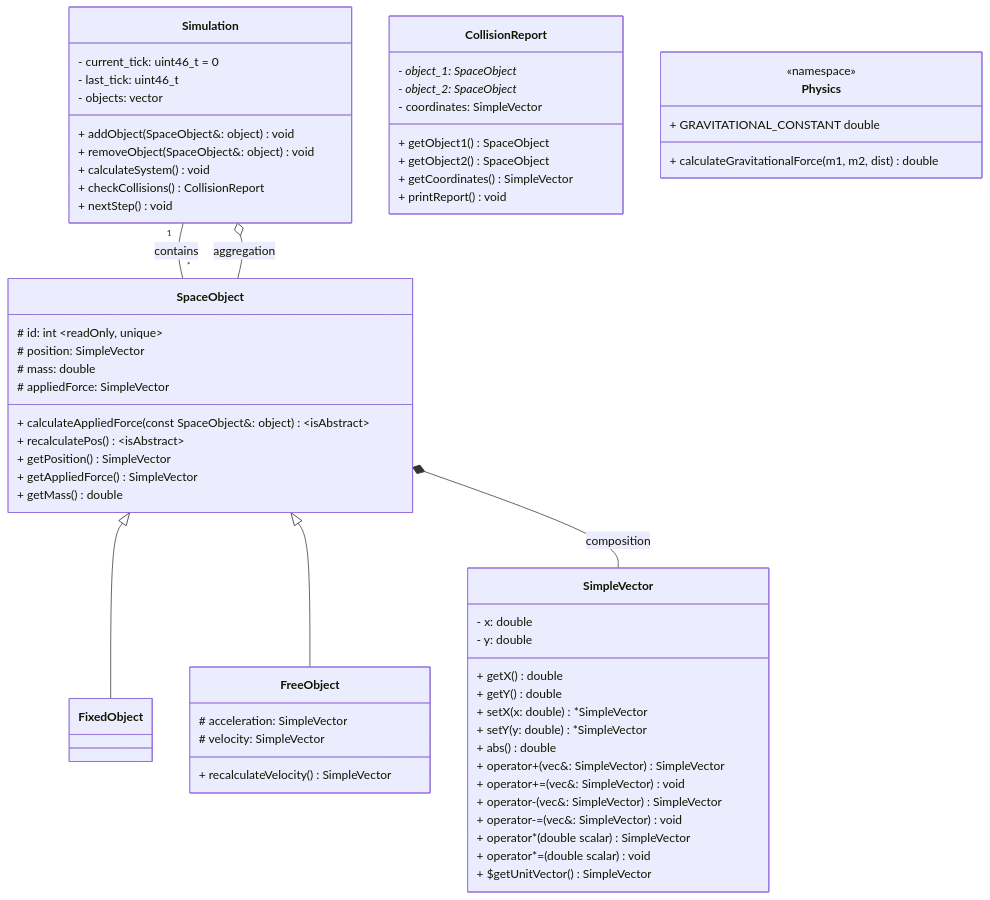
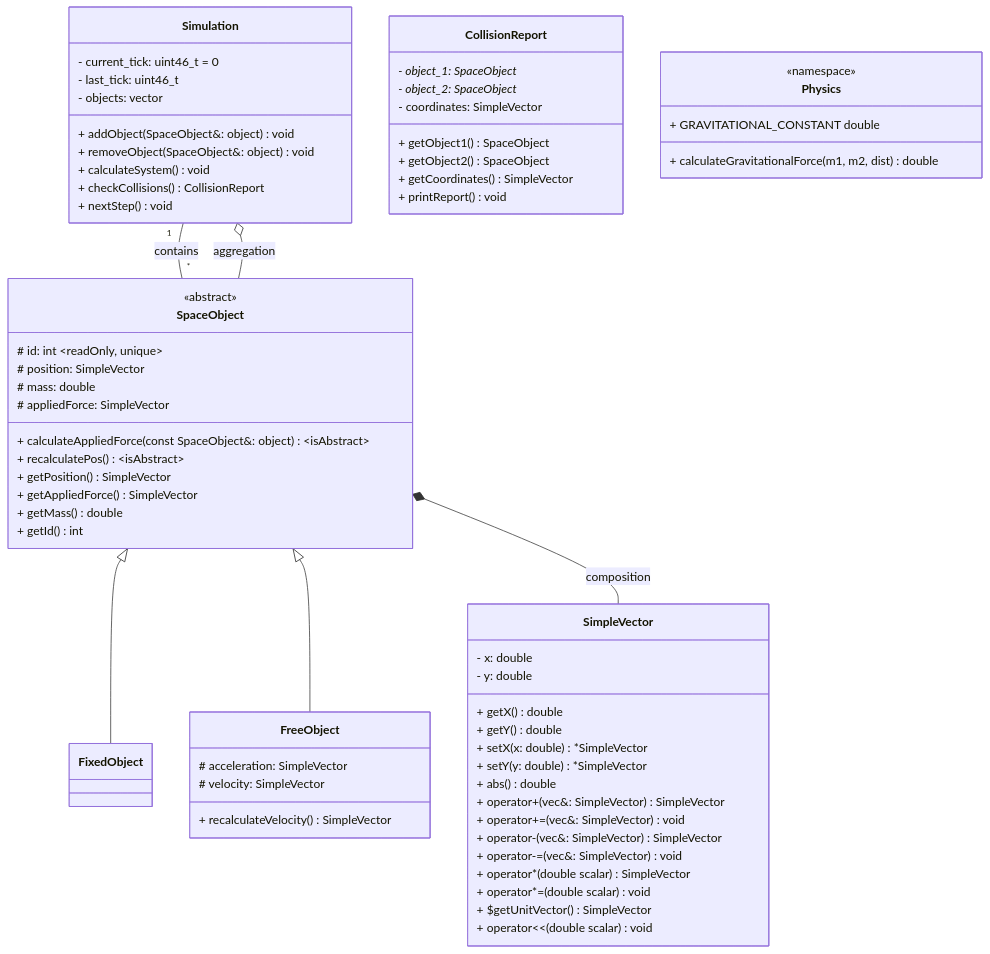
One commit to kotenko-o/simple-orbit-simulator changed the diagram in docs/classDiagram.mmd. Above: the diagram before and after it, drawn with Mermaid. The commit also changed 2 other files, not shown here.

```diff
--- a/docs/classDiagram.mmd
+++ b/docs/classDiagram.mmd
@@ -1,74 +1,77 @@
 classDiagram
 
     SpaceObject <|-- FixedObject
     SpaceObject <|-- FreeObject
     Simulation "1" -- "*" SpaceObject : contains
 
     SpaceObject *-- SimpleVector : composition
     Simulation o-- SpaceObject : aggregation
     
     class Simulation {
         - current_tick: uint46_t = 0
         - last_tick: uint46_t
         - objects: vector<SpaceObject*>
         + addObject(SpaceObject&: object) void
         + removeObject(SpaceObject&: object) void
         + calculateSystem() void
         + checkCollisions() CollisionReport
         + nextStep() void
     }
 
     class SpaceObject {
+        <<abstract>>
         # id: int ~readOnly, unique~
         # position: SimpleVector
         # mass: double
         # appliedForce: SimpleVector
         + calculateAppliedForce(const SpaceObject&: object) ~isAbstract~
         + recalculatePos() ~isAbstract~
         + getPosition() SimpleVector
         + getAppliedForce() SimpleVector 
         + getMass() double
+        + getId() int
     }
 
     class FixedObject {
         
     }
 
     class FreeObject {
         # acceleration: SimpleVector
         # velocity: SimpleVector
         + recalculateVelocity() SimpleVector
     }
 
     class SimpleVector {
         - x: double
         - y: double
         + getX() double
         + getY() double
         + setX(x: double) *SimpleVector
         + setY(y: double) *SimpleVector
         + abs() double
         + operator+(vec&: SimpleVector) SimpleVector
         + operator+=(vec&: SimpleVector) void
         + operator-(vec&: SimpleVector) SimpleVector
         + operator-=(vec&: SimpleVector) void
         + operator*(double scalar) SimpleVector
         + operator*=(double scalar) void
         + $getUnitVector() SimpleVector
+        + operator<<(double scalar) void
     }
 
     class CollisionReport {
         - object_1: SpaceObject*
         - object_2: SpaceObject*
         - coordinates: SimpleVector
         + getObject1() SpaceObject
         + getObject2() SpaceObject
         + getCoordinates() SimpleVector
         + printReport() void
     }
 
     class Physics {
         <<namespace>>
         + GRAVITATIONAL_CONSTANT double
         + calculateGravitationalForce(m1, m2, dist) double
     }
```
